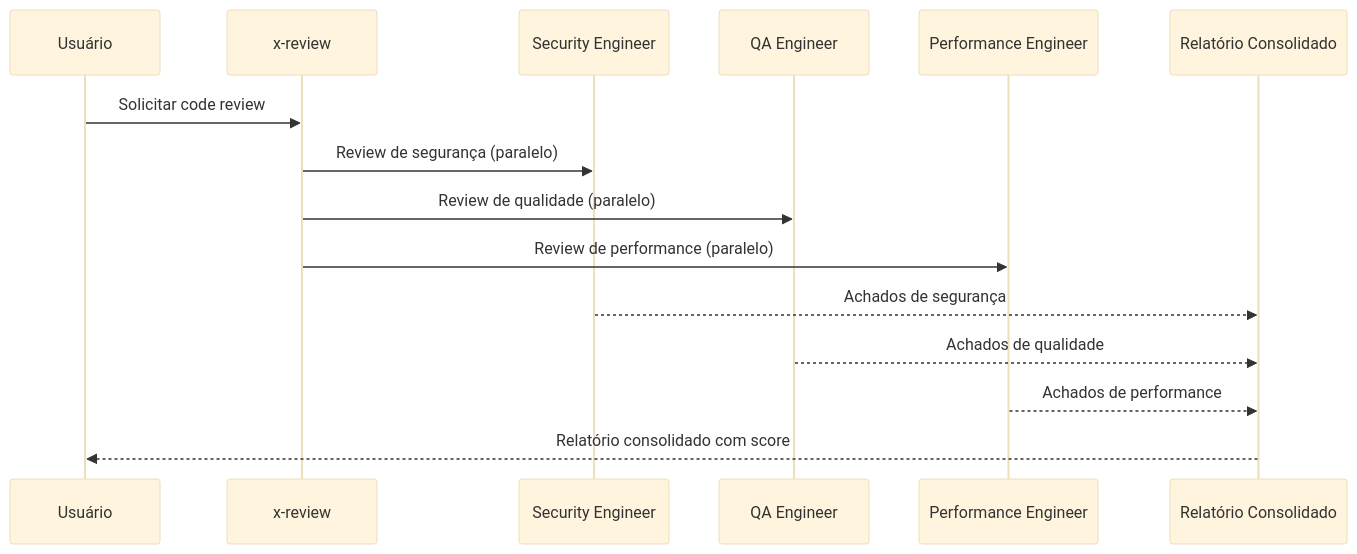
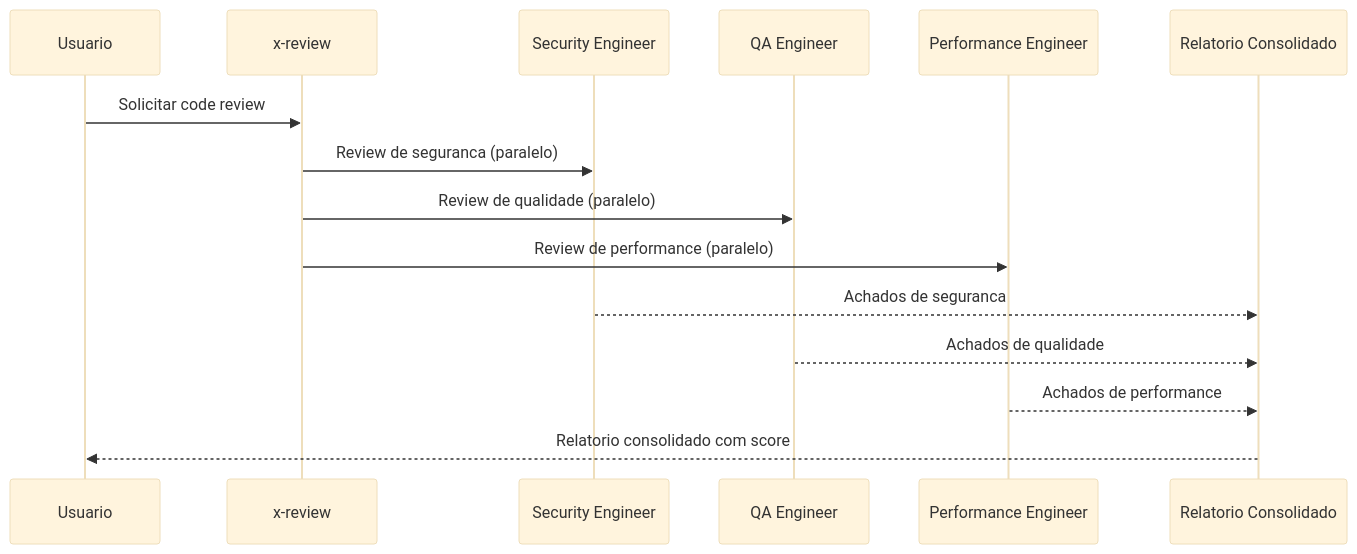
One commit to edercnj/ia-dev-environment changed the second of 2 diagrams in docs/stories/github-structure/STORY-005.md. Above: the diagram before and after it, drawn with Mermaid (base theme). The commit also changed other lines of this file and 64 other files, not shown here.

````diff
--- a/docs/stories/github-structure/STORY-005.md
+++ b/docs/stories/github-structure/STORY-005.md
@@ -79,18 +125,18 @@
 ```mermaid
 sequenceDiagram
-    participant U as Usuário
+    participant U as Usuario
     participant XR as x-review
     participant S1 as Security Engineer
     participant S2 as QA Engineer
     participant S3 as Performance Engineer
-    participant R as Relatório Consolidado
+    participant R as Relatorio Consolidado
 
     U->>XR: Solicitar code review
-    XR->>S1: Review de segurança (paralelo)
+    XR->>S1: Review de seguranca (paralelo)
     XR->>S2: Review de qualidade (paralelo)
     XR->>S3: Review de performance (paralelo)
-    S1-->>R: Achados de segurança
+    S1-->>R: Achados de seguranca
     S2-->>R: Achados de qualidade
     S3-->>R: Achados de performance
-    R-->>U: Relatório consolidado com score
+    R-->>U: Relatorio consolidado com score
 ```
````
